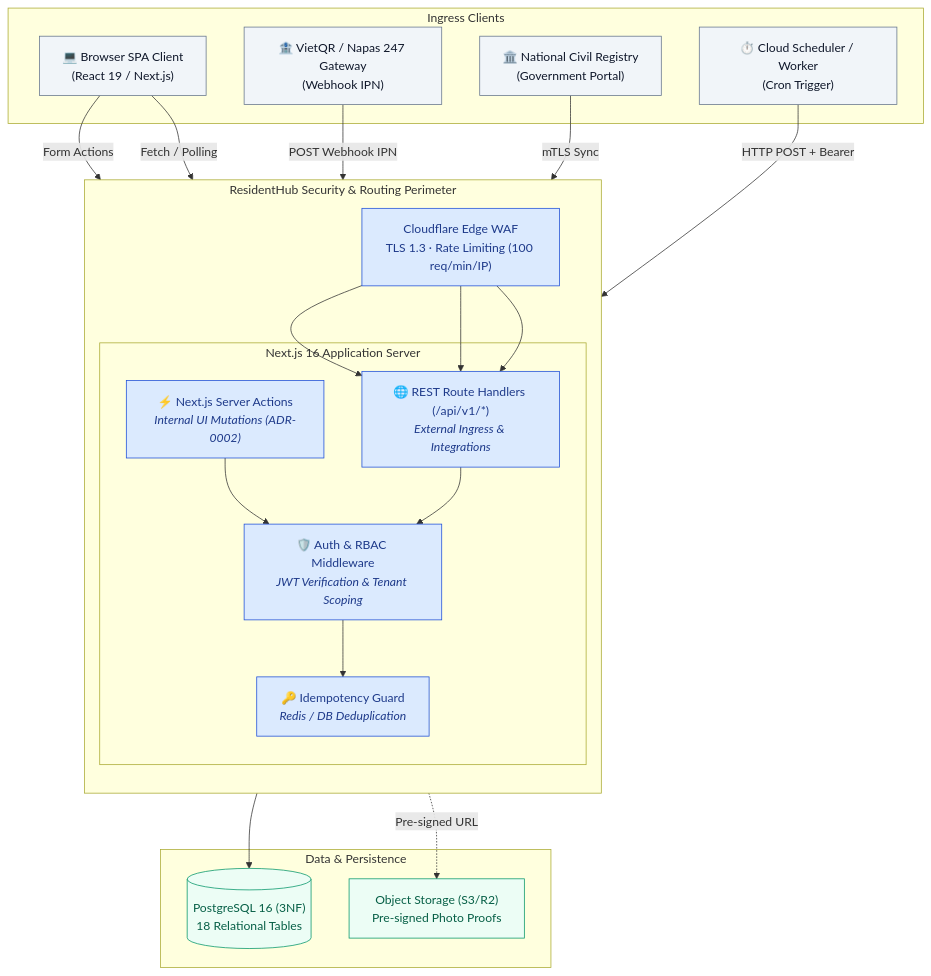
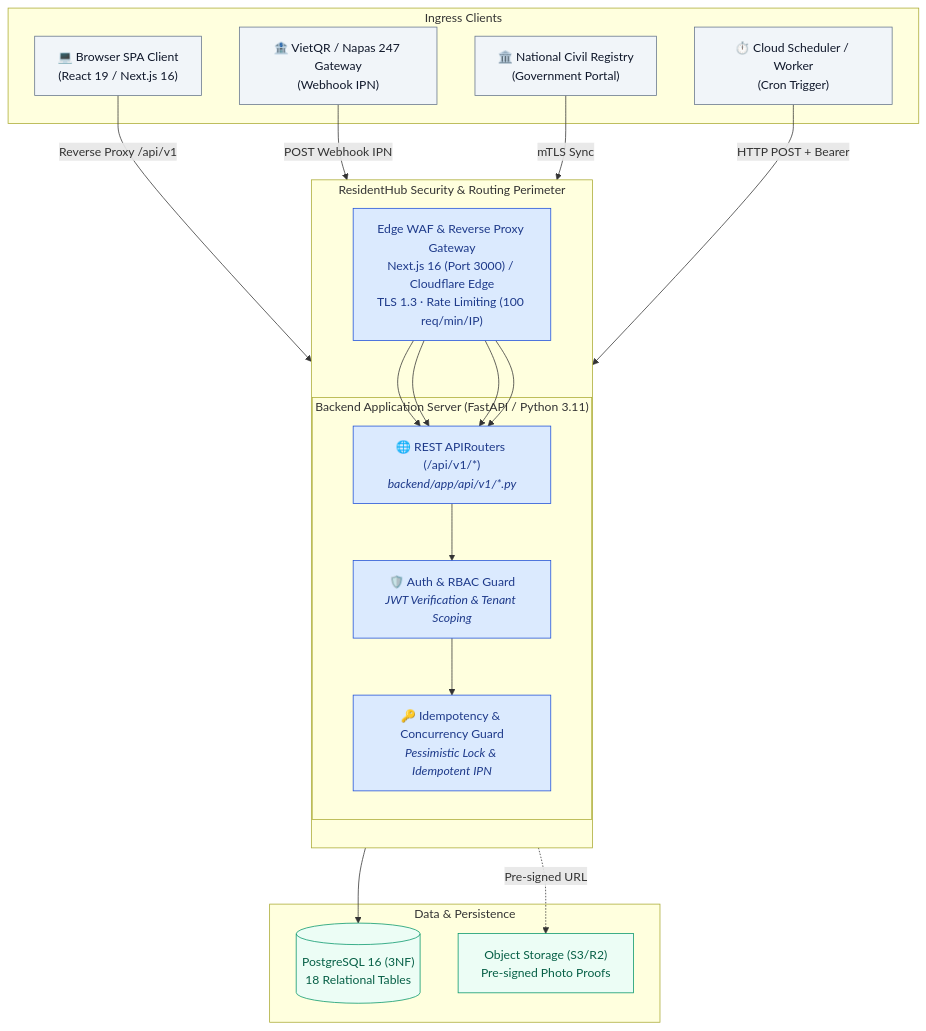
The first of 5 diagrams in docs/API_DOCUMENTATION.md (QuanAnh280605/NguyenAnhQuan-Household-Management), drawn with Mermaid before and after one commit. The commit also changed other lines of this file and 7 other files, not shown here.

Commit message:
docs: synchronize architecture specifications, dual-mode ingress diagrams, and ADR-0009 index

````diff
--- a/docs/API_DOCUMENTATION.md
+++ b/docs/API_DOCUMENTATION.md
@@ -61,45 +62,42 @@
 ```mermaid
 flowchart TD
     subgraph Clients["Ingress Clients"]
-        SPA["💻 Browser SPA Client<br/>(React 19 / Next.js)"]
+        SPA["💻 Browser SPA Client<br/>(React 19 / Next.js 16)"]
         GW["🏦 VietQR / Napas 247 Gateway<br/>(Webhook IPN)"]
         POLICE["🏛️ National Civil Registry<br/>(Government Portal)"]
         CRON["⏱️ Cloud Scheduler / Worker<br/>(Cron Trigger)"]
     end
 
     subgraph SecurityBoundary["ResidentHub Security & Routing Perimeter"]
         direction TB
-        WAF["Cloudflare Edge WAF<br/>TLS 1.3 · Rate Limiting (100 req/min/IP)"]
+        WAF["Edge WAF & Reverse Proxy Gateway<br/>Next.js 16 (Port 3000) / Cloudflare Edge<br/>TLS 1.3 · Rate Limiting (100 req/min/IP)"]
         
-        subgraph AppServer["Next.js 16 Application Server"]
-            SA["⚡ Next.js Server Actions<br/><i>Internal UI Mutations (ADR-0002)</i>"]
-            RH["🌐 REST Route Handlers (/api/v1/*)<br/><i>External Ingress & Integrations</i>"]
-            AUTH["🛡️ Auth & RBAC Middleware<br/><i>JWT Verification & Tenant Scoping</i>"]
-            IDEMP["🔑 Idempotency Guard<br/><i>Redis / DB Deduplication</i>"]
+        subgraph AppServer["Backend Application Server (FastAPI / Python 3.11)"]
+            RH["🌐 REST APIRouters (/api/v1/*)<br/><i>backend/app/api/v1/*.py</i>"]
+            AUTH["🛡️ Auth & RBAC Guard<br/><i>JWT Verification & Tenant Scoping</i>"]
+            IDEMP["🔑 Idempotency & Concurrency Guard<br/><i>Pessimistic Lock & Idempotent IPN</i>"]
         end
     end
 
     subgraph StorageLayer["Data & Persistence"]
         DB[("PostgreSQL 16 (3NF)<br/>18 Relational Tables")]
         S3["Object Storage (S3/R2)<br/>Pre-signed Photo Proofs"]
     end
 
-    SPA -->|Form Actions| SA
-    SPA -->|Fetch / Polling| RH
+    SPA -->|Reverse Proxy /api/v1| WAF --> RH
     GW -->|POST Webhook IPN| WAF --> RH
     POLICE -->|mTLS Sync| WAF --> RH
     CRON -->|HTTP POST + Bearer| WAF --> RH
 
-    SA --> AUTH
     RH --> AUTH
     AUTH --> IDEMP
     IDEMP --> DB
     RH -.->|Pre-signed URL| S3
 
     classDef client fill:#f1f5f9,stroke:#64748b,color:#0f172a
     classDef server fill:#dbeafe,stroke:#1d4ed8,color:#1e3a8a
     classDef data fill:#ecfdf5,stroke:#059669,color:#065f46
     class SPA,GW,POLICE,CRON client
-    class WAF,SA,RH,AUTH,IDEMP server
+    class WAF,RH,AUTH,IDEMP server
     class DB,S3 data
 ```
````
